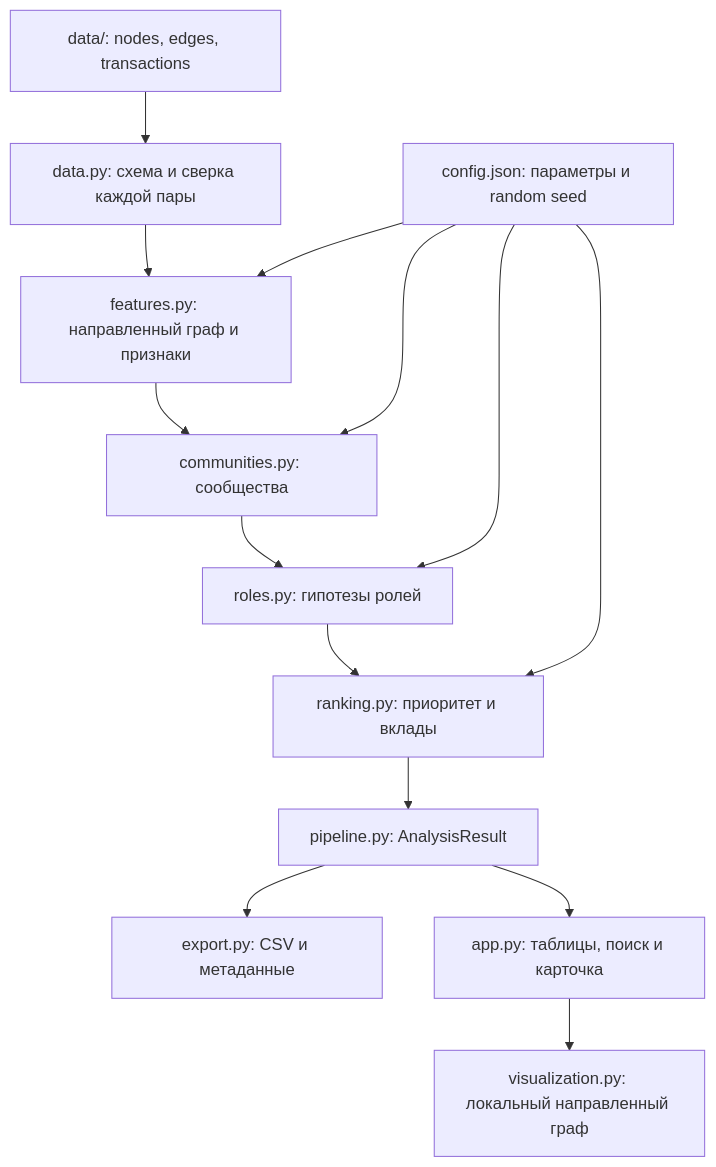
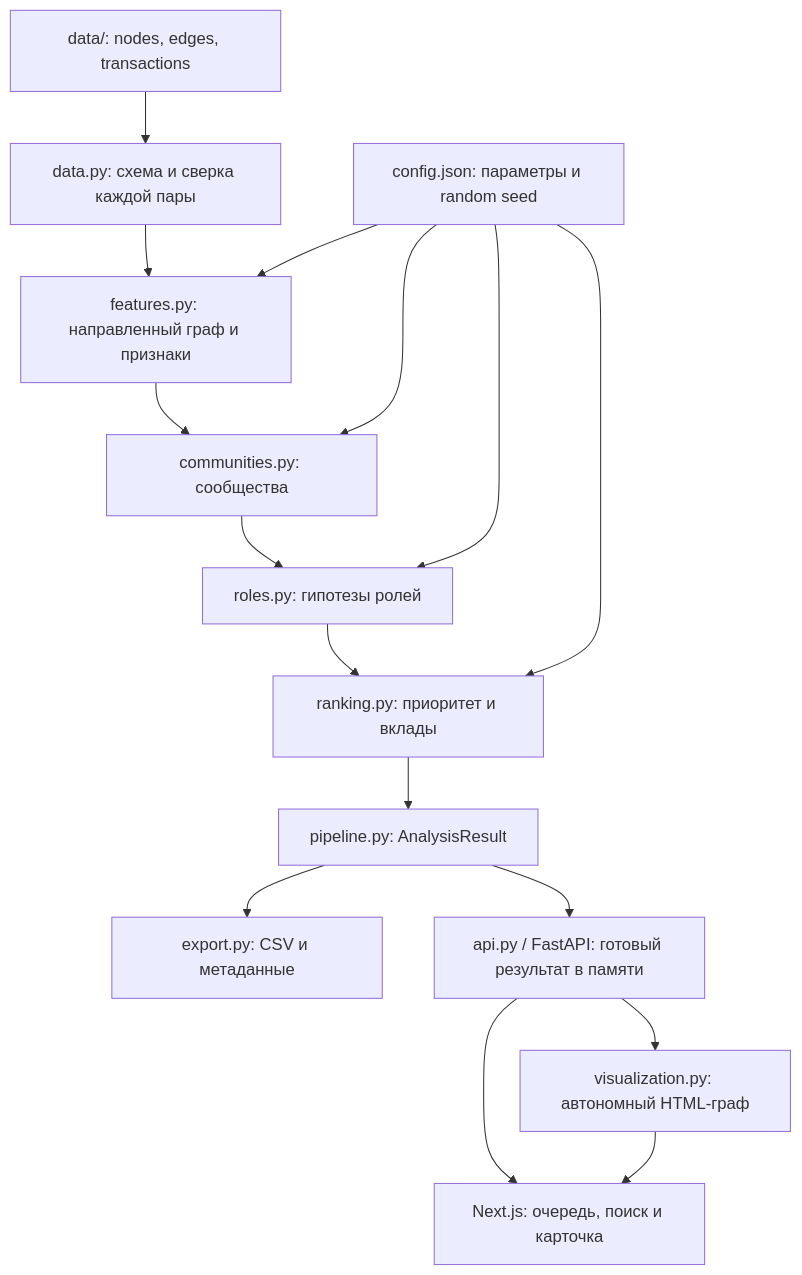
Before and after one commit to BAITC-Hacks/hack-912ce0e6-aitushka: the diagram in docs/architecture.md, drawn with Mermaid. The commit also changed other lines of this file and 26 other files, not shown here.

Commit message:
Split analytics app into Next.js and FastAPI

````diff
--- a/docs/architecture.md
+++ b/docs/architecture.md
@@ -5,16 +5,18 @@
 ```mermaid
 flowchart TD
     D["data/: nodes, edges, transactions"] --> V["data.py: схема и сверка каждой пары"]
     V --> G["features.py: направленный граф и признаки"]
     G --> C["communities.py: сообщества"]
     C --> R["roles.py: гипотезы ролей"]
     R --> P["ranking.py: приоритет и вклады"]
     P --> A["pipeline.py: AnalysisResult"]
     A --> E["export.py: CSV и метаданные"]
-    A --> U["app.py: таблицы, поиск и карточка"]
-    U --> N["visualization.py: локальный направленный граф"]
+    A --> API["api.py / FastAPI: готовый результат в памяти"]
+    API --> N["visualization.py: автономный HTML-граф"]
+    API --> U["Next.js: очередь, поиск и карточка"]
+    N --> U
     K["config.json: параметры и random seed"] --> G
     K --> C
     K --> R
     K --> P
 ```
````
